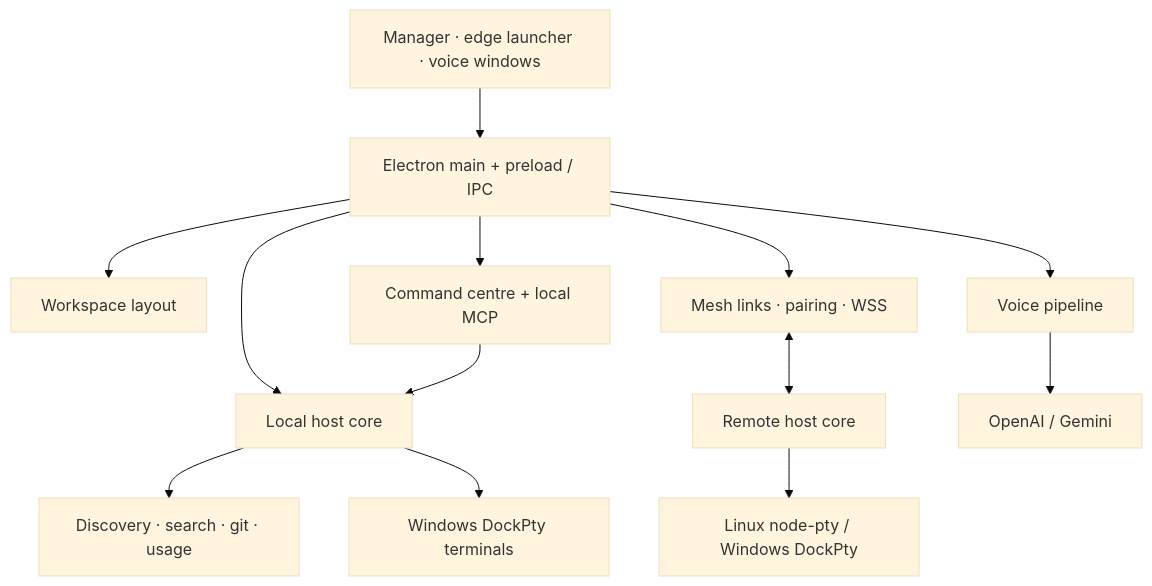
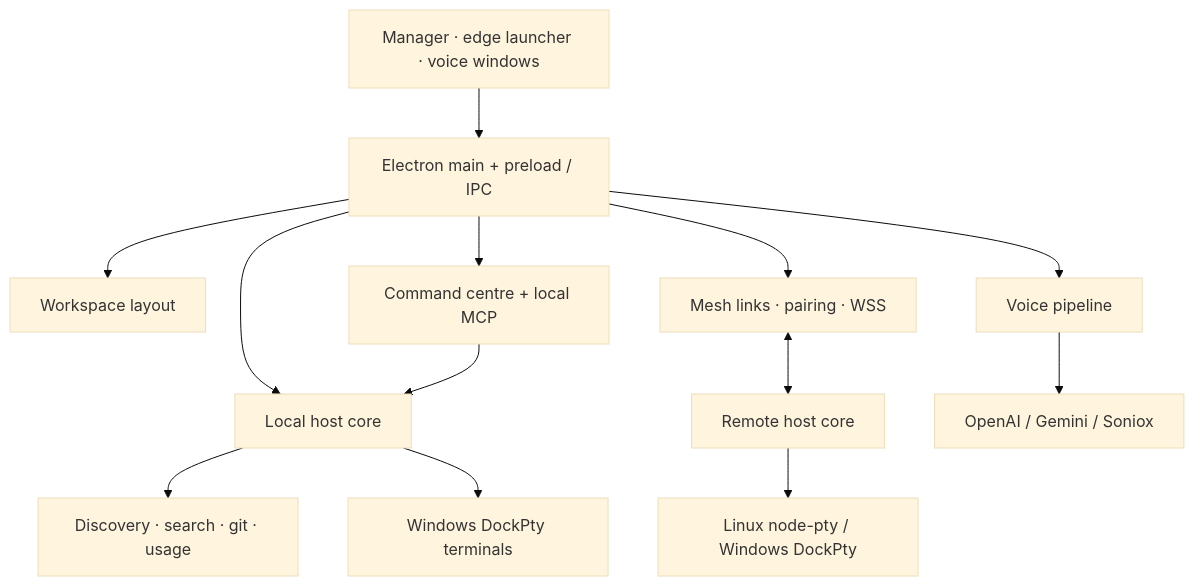
Before and after one commit to MitrevStudio/-AgentDeck: the second of 2 diagrams in README.md, drawn with Mermaid (base theme). The commit also changed other lines of this file and 22 other files, not shown here.

````diff
--- a/README.md
+++ b/README.md
@@ -792,15 +792,15 @@
 ```mermaid
 flowchart TB
     UI["Manager · edge launcher · voice windows"] --> IPC["Electron main + preload / IPC"]
     IPC --> W["Workspace layout"]
     IPC --> H["Local host core"]
     IPC --> V["Voice pipeline"]
     IPC --> O["Command centre + local MCP"]
     O --> H
     H --> S["Discovery · search · git · usage"]
     H --> T["Windows DockPty terminals"]
     IPC --> M["Mesh links · pairing · WSS"]
     M <--> R["Remote host core"]
     R --> P["Linux node-pty / Windows DockPty"]
-    V --> API["OpenAI / Gemini"]
+    V --> API["OpenAI / Gemini / Soniox"]
 ```
````
